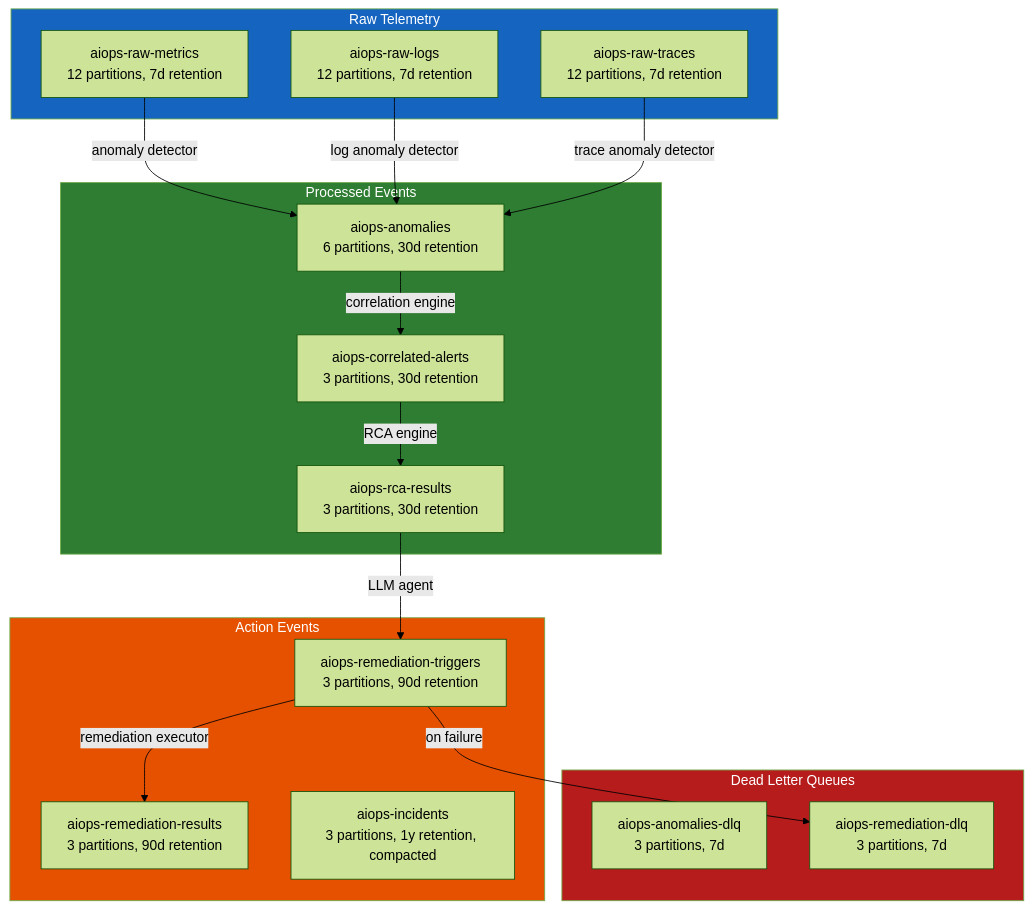
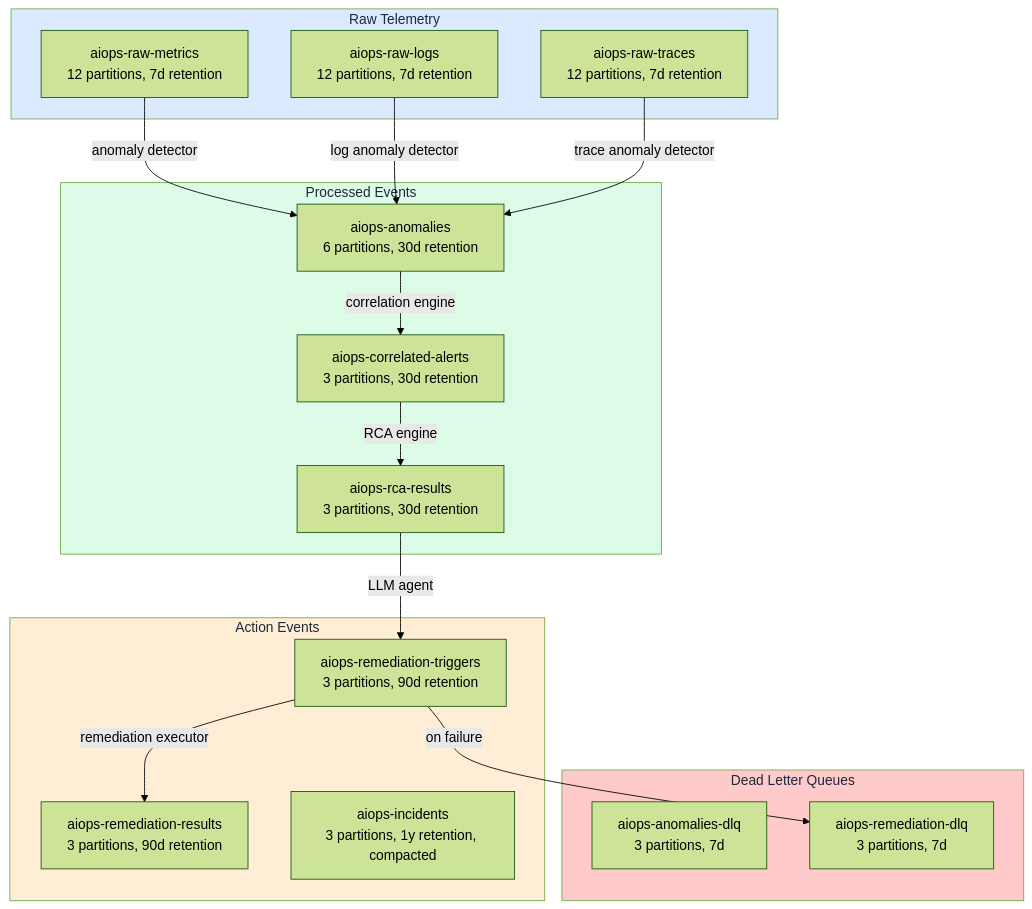
One commit to XUanhoa04/aiops-engineering-handbook changed the sixth of 10 diagrams in docs/en/07-kafka/README.md. Above: the diagram before and after it, drawn with Mermaid (forest theme). The commit also changed other lines of this file and 39 other files, not shown here.

First line of the commit message:
docs: concept-first Ch.08-12, collapse code, soft Mermaid colors

````diff
--- a/docs/en/07-kafka/README.md
+++ b/docs/en/07-kafka/README.md
@@ -619,39 +619,39 @@
 ```mermaid
 graph TD
     subgraph Raw["Raw Telemetry"]
         T1[aiops-raw-metrics\n12 partitions, 7d retention]
         T2[aiops-raw-logs\n12 partitions, 7d retention]
         T3[aiops-raw-traces\n12 partitions, 7d retention]
     end
 
     subgraph Processed["Processed Events"]
         T4[aiops-anomalies\n6 partitions, 30d retention]
         T5[aiops-correlated-alerts\n3 partitions, 30d retention]
         T6[aiops-rca-results\n3 partitions, 30d retention]
     end
 
     subgraph Action["Action Events"]
         T7[aiops-remediation-triggers\n3 partitions, 90d retention]
         T8[aiops-remediation-results\n3 partitions, 90d retention]
         T9[aiops-incidents\n3 partitions, 1y retention, compacted]
     end
 
     subgraph DLQ["Dead Letter Queues"]
         DLQ1[aiops-anomalies-dlq\n3 partitions, 7d]
         DLQ2[aiops-remediation-dlq\n3 partitions, 7d]
     end
 
     T1 -->|anomaly detector| T4
     T2 -->|log anomaly detector| T4
     T3 -->|trace anomaly detector| T4
     T4 -->|correlation engine| T5
     T5 -->|RCA engine| T6
     T6 -->|LLM agent| T7
     T7 -->|remediation executor| T8
     T7 -->|on failure| DLQ2
 
-    style Raw fill:#1565c0,color:#fff
-    style Processed fill:#2e7d32,color:#fff
-    style Action fill:#e65100,color:#fff
-    style DLQ fill:#b71c1c,color:#fff
+    style Raw fill:#dbeafe,color:#1e293b
+    style Processed fill:#dcfce7,color:#1e293b
+    style Action fill:#ffedd5,color:#1e293b
+    style DLQ fill:#fecaca,color:#1e293b
 ```
````
